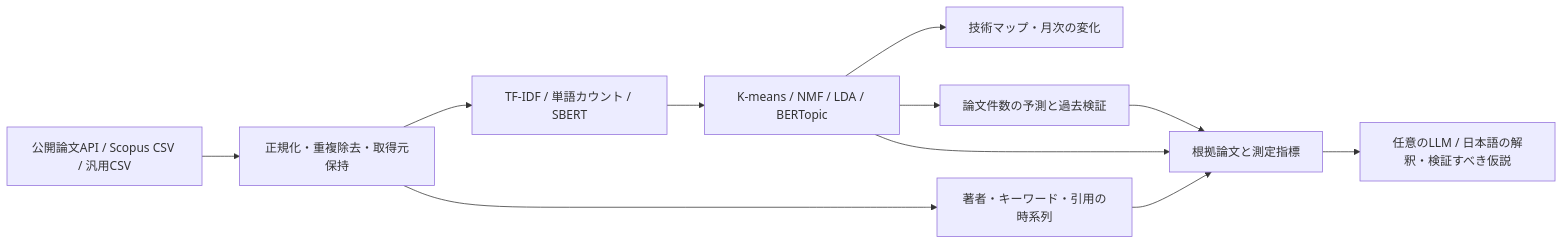
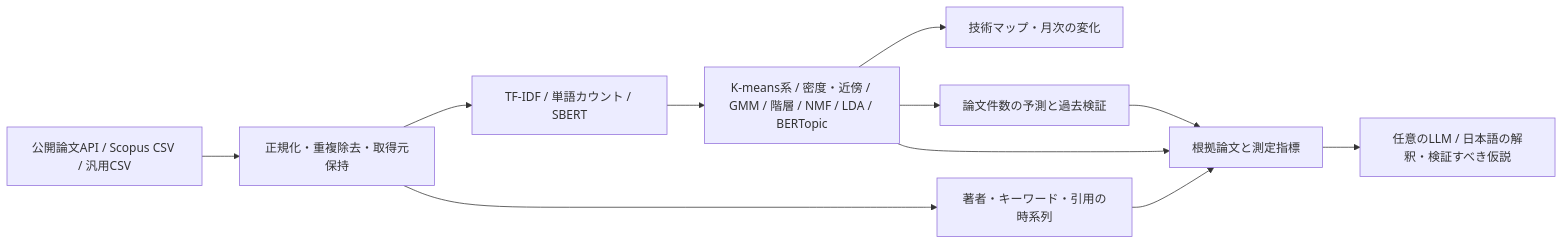
The diagram in research-atlas/README.md (tyama-ds/for_eigyo), drawn with Mermaid before and after one commit. The commit also changed other lines of this file and 32 other files, not shown here.

````diff
--- a/research-atlas/README.md
+++ b/research-atlas/README.md
@@ -272,13 +278,13 @@
 ```mermaid
 flowchart LR
     A[公開論文API / Scopus CSV / 汎用CSV] --> B[正規化・重複除去・取得元保持]
     B --> C[TF-IDF / 単語カウント / SBERT]
-    C --> D[K-means / NMF / LDA / BERTopic]
+    C --> D[K-means系 / 密度・近傍 / GMM / 階層 / NMF / LDA / BERTopic]
     D --> M[技術マップ・月次の変化]
     B --> E[著者・キーワード・引用の時系列]
     D --> F[論文件数の予測と過去検証]
     E --> G
     D --> G[根拠論文と測定指標]
     F --> G
     G --> H[任意のLLM / 日本語の解釈・検証すべき仮説]
 ```
````
